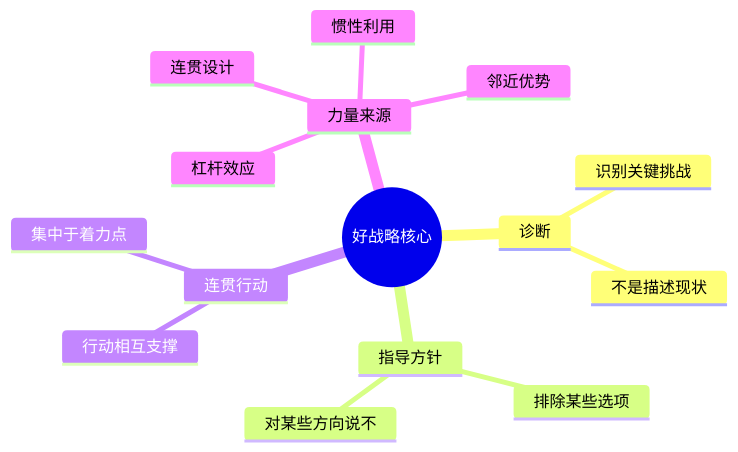
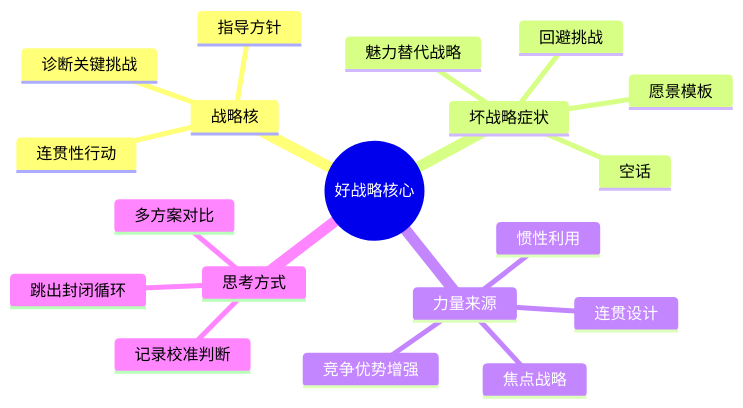
The second of 2 diagrams in content/reading/好战略坏战略.md (qinwenshi/wiki), drawn with Mermaid before and after one commit. The commit also changed other lines of this file and 3 other files, not shown here.

````diff
--- a/content/reading/好战略坏战略.md
+++ b/content/reading/好战略坏战略.md
@@ -112,18 +179,22 @@
 ```mermaid
 mindmap
   root((好战略核心))
-    诊断
-      识别关键挑战
-      不是描述现状
-    指导方针
-      排除某些选项
-      对某些方向说不
-    连贯行动
-      行动相互支撑
-      集中于着力点
+    战略核
+      诊断关键挑战
+      指导方针
+      连贯性行动
+    坏战略症状
+      空话
+      回避挑战
+      愿景模板
+      魅力替代战略
     力量来源
-      杠杆效应
+      焦点战略
       连贯设计
+      竞争优势增强
       惯性利用
-      邻近优势
+    思考方式
+      多方案对比
+      跳出封闭循环
+      记录校准判断
 ```
````
